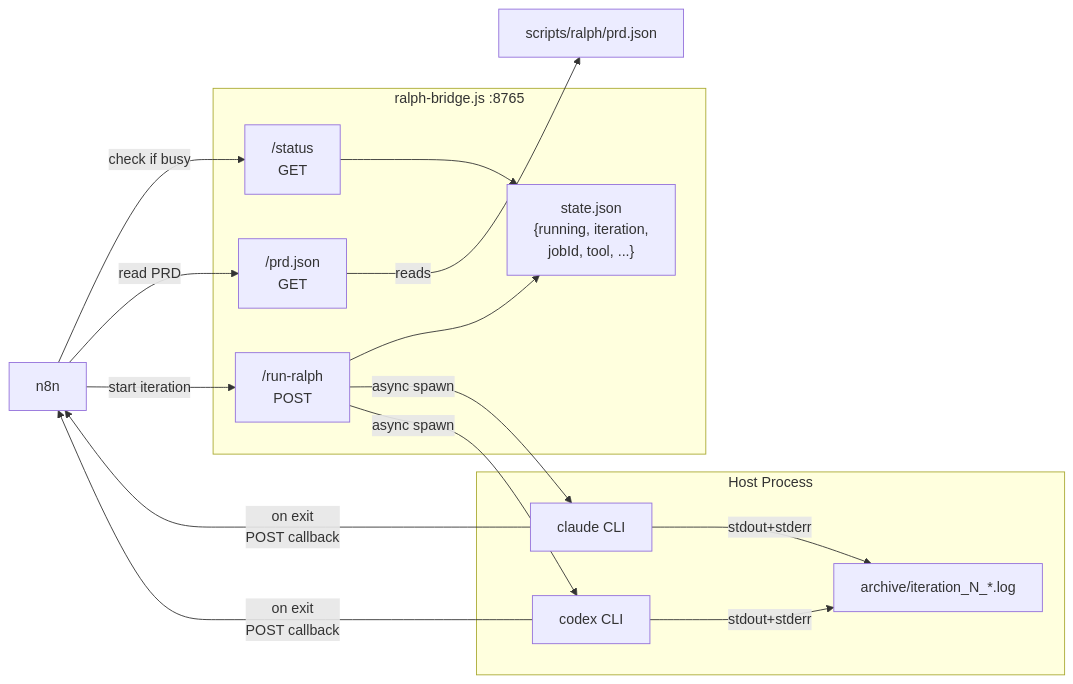
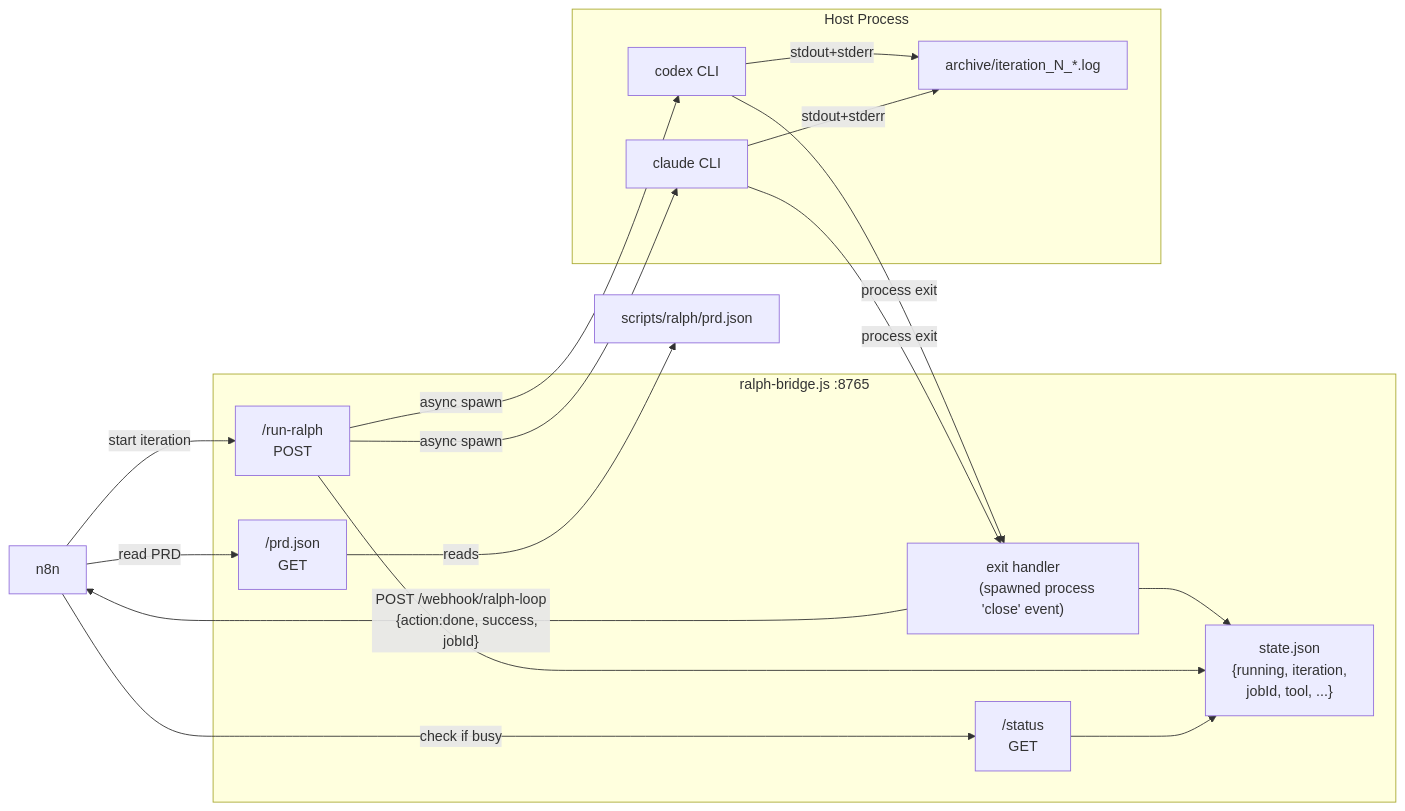
One commit to NNTin/gsnake-specs changed the second of 8 diagrams in ralph-loop/architecture.md. Above: the diagram before and after it, drawn with Mermaid. The commit also changed other lines of this file, not shown here.

Commit message:
separated from ralph flow notification layer

````diff
--- a/ralph-loop/architecture.md
+++ b/ralph-loop/architecture.md
@@ -66,41 +65,44 @@
 ```mermaid
 graph LR
     N8N["n8n"]
 
     subgraph Bridge["ralph-bridge.js :8765"]
         S["/status
         GET"]
         P["/prd.json
         GET"]
         R["/run-ralph
         POST"]
         State["state.json
         {running, iteration,
         jobId, tool, ...}"]
+        EH["exit handler
+        (spawned process 'close' event)"]
     end
 
-    subgraph Host["Host Process"]
+    subgraph HostProcess["Host Process"]
         Claude["claude CLI"]
         Codex["codex CLI"]
         Log["archive/iteration_N_*.log"]
     end
 
     N8N -->|"check if busy"| S
     N8N -->|"read PRD"| P
     N8N -->|"start iteration"| R
 
     S --> State
     R --> State
 
     R -->|"async spawn"| Claude
     R -->|"async spawn"| Codex
     Claude -->|"stdout+stderr"| Log
     Codex -->|"stdout+stderr"| Log
 
-    Claude -->|"on exit
-    POST callback"| N8N
-    Codex -->|"on exit
-    POST callback"| N8N
+    Claude -->|"process exit"| EH
+    Codex -->|"process exit"| EH
+    EH --> State
+    EH -->|"POST /webhook/ralph-loop
+    {action:done, success, jobId}"| N8N
 
     P -->|"reads"| PRD["scripts/ralph/prd.json"]
 ```
````
